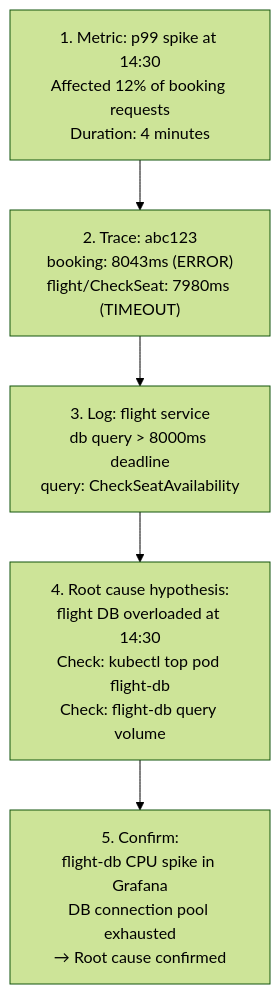
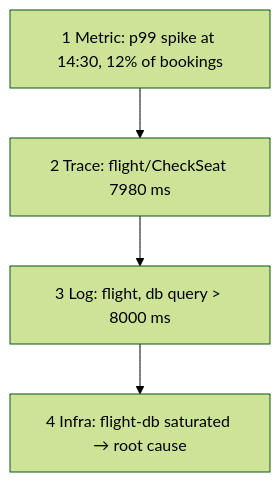
Before and after one commit to darshan-raul/apollo11-docs: the diagram in docs/learn/observability/correlating-a-booking.md, drawn with Mermaid (forest theme). The commit also changed other lines of this file and 55 other files, not shown here.

````diff
--- a/docs/learn/observability/correlating-a-booking.md
+++ b/docs/learn/observability/correlating-a-booking.md
@@ -16,7 +14,6 @@
-~~~mermaid
+```mermaid
 flowchart TD
-  Step1["1. Metric: p99 spike at 14:30\nAffected 12% of booking requests\nDuration: 4 minutes"] --> Step2
-  Step2["2. Trace: abc123\nbooking: 8043ms (ERROR)\nflight/CheckSeat: 7980ms (TIMEOUT)"] --> Step3
-  Step3["3. Log: flight service\ndb query > 8000ms deadline\nquery: CheckSeatAvailability"] --> Step4
-  Step4["4. Root cause hypothesis:\nflight DB overloaded at 14:30\nCheck: kubectl top pod flight-db\nCheck: flight-db query volume"] --> Confirm["5. Confirm:\nflight-db CPU spike in Grafana\nDB connection pool exhausted\n→ Root cause confirmed"]
-~~~
+  M["1 Metric: p99 spike at 14:30, 12% of bookings"] --> T["2 Trace: flight/CheckSeat 7980 ms"]
+  T --> L["3 Log: flight, db query > 8000 ms"]
+  L --> R["4 Infra: flight-db saturated → root cause"]
+```
````
